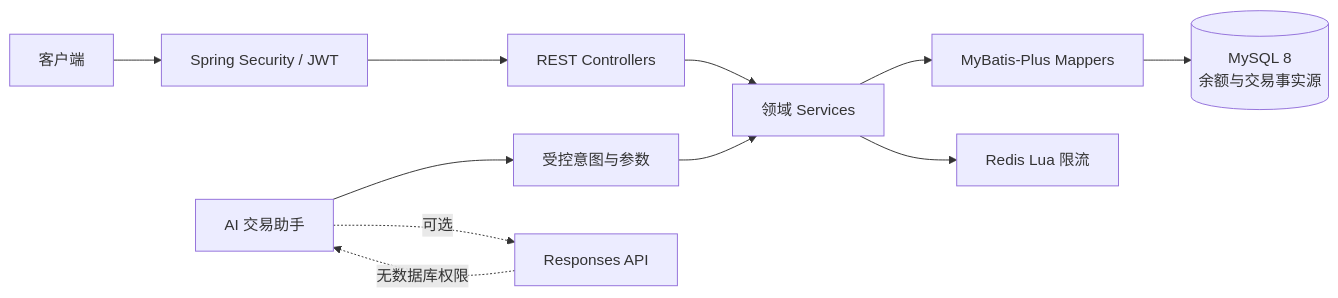
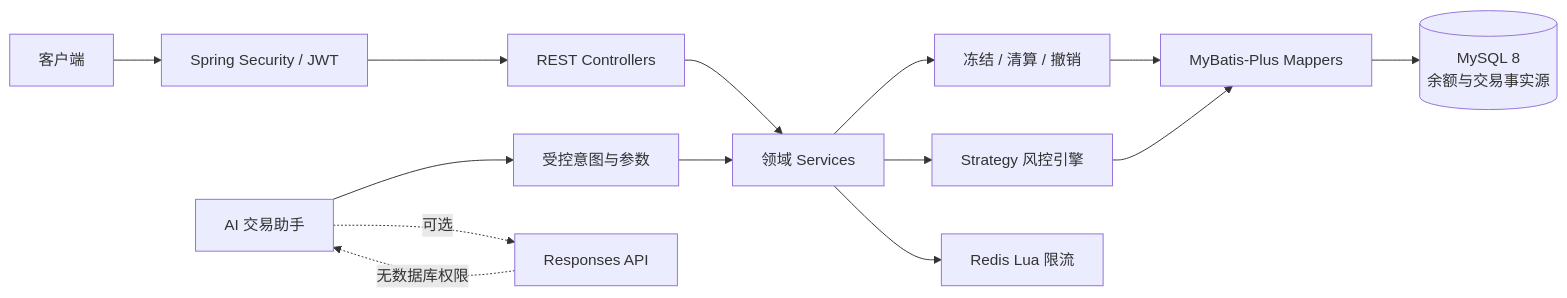
The first of 2 diagrams in README.md (wwdaas/finledger), drawn with Mermaid before and after one commit. The commit also changed other lines of this file and 8 other files, not shown here.

Commit message:
docs: explain settlement risk controls and interviews

````diff
--- a/README.md
+++ b/README.md
@@ -40,13 +43,16 @@
 ```mermaid
 flowchart LR
     Client[客户端] --> Security[Spring Security / JWT]
     Security --> Controller[REST Controllers]
     Controller --> Service[领域 Services]
-    Service --> Mapper[MyBatis-Plus Mappers]
+    Service --> Settlement[冻结 / 清算 / 撤销]
+    Service --> Risk[Strategy 风控引擎]
+    Settlement --> Mapper[MyBatis-Plus Mappers]
+    Risk --> Mapper
     Mapper --> MySQL[(MySQL 8\n余额与交易事实源)]
     Service --> Limiter[Redis Lua 限流]
     Assistant[AI 交易助手] --> Intent[受控意图与参数]
     Intent --> Service
     Assistant -. 可选 .-> LLM[Responses API]
     LLM -. 无数据库权限 .-> Assistant
 ```
````
